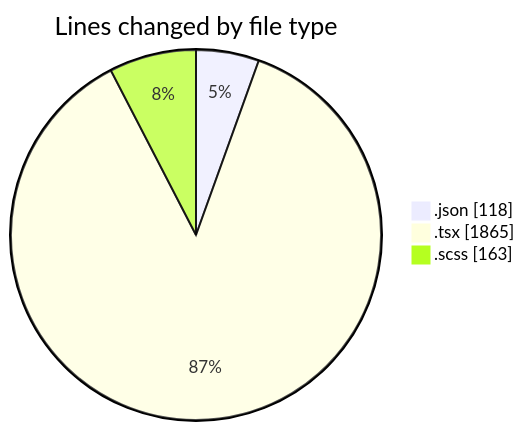
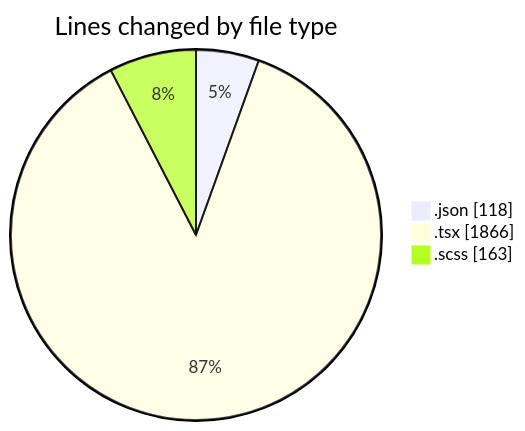
The first of 2 diagrams in 2025-11-19/cda/README.md (momahboobian/code-tracking), drawn with Mermaid before and after one commit. The commit also changed other lines of this file and 1 other file, not shown here.

````diff
--- a/2025-11-19/cda/README.md
+++ b/2025-11-19/cda/README.md
@@ -23,7 +23,7 @@
 ```mermaid
 pie showData
 title Lines changed by file type
 ".json" : 118
-".tsx" : 1865
+".tsx" : 1866
 ".scss" : 163
 ```
````
